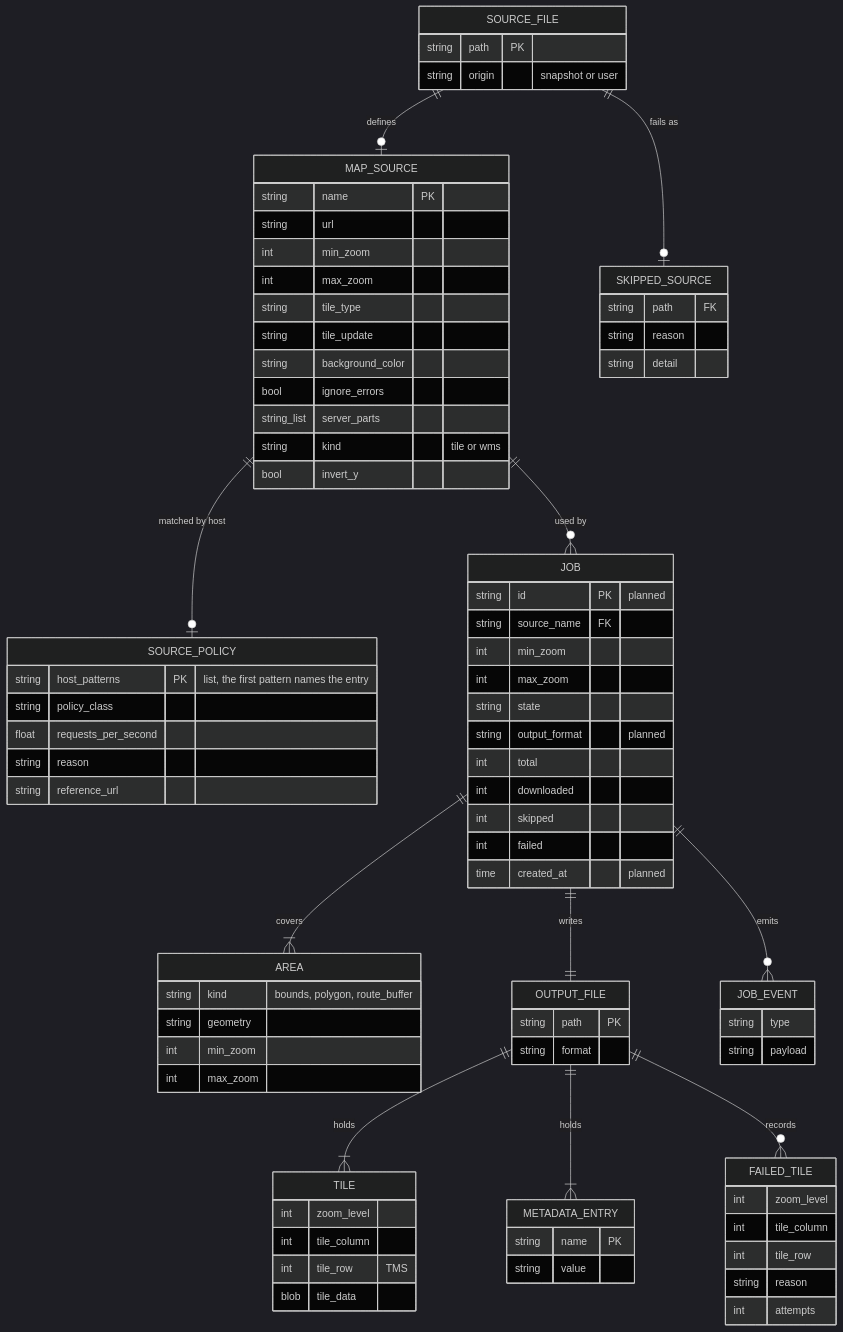
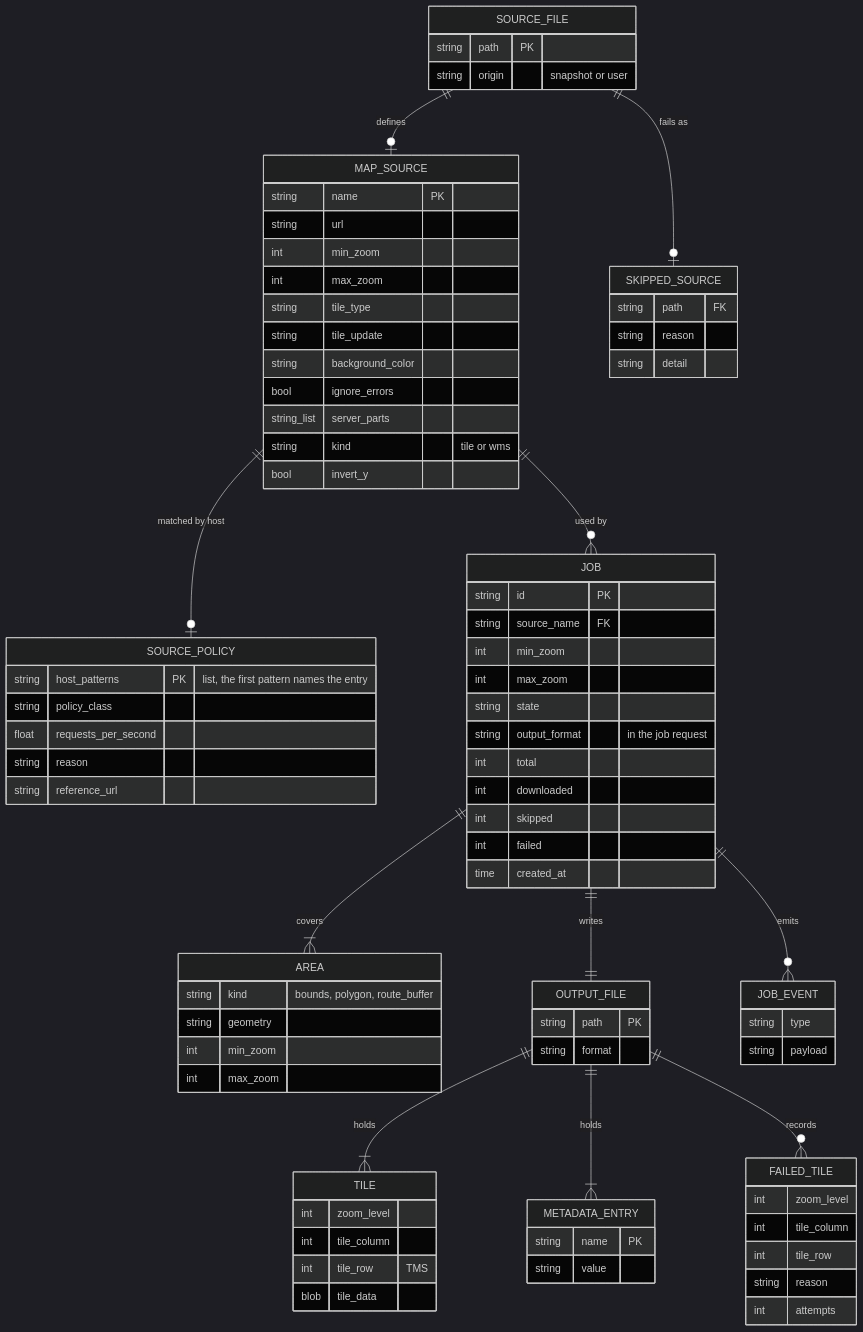
Before and after one commit to Crank-Git/ATAKMapDownloader: the second of 3 diagrams in docs/specs/spec.md, drawn with Mermaid (dark theme). The commit also changed other lines of this file and 1 other file, not shown here.

```diff
--- a/docs/specs/spec.md
+++ b/docs/specs/spec.md
@@ -261,17 +261,17 @@
     string reference_url
   }
   JOB {
-    string id PK "planned"
+    string id PK
     string source_name FK
     int min_zoom
     int max_zoom
     string state
-    string output_format "planned"
+    string output_format "in the job request"
     int total
     int downloaded
     int skipped
     int failed
-    time created_at "planned"
+    time created_at
   }
   AREA {
     string kind "bounds, polygon, route_buffer"
```
